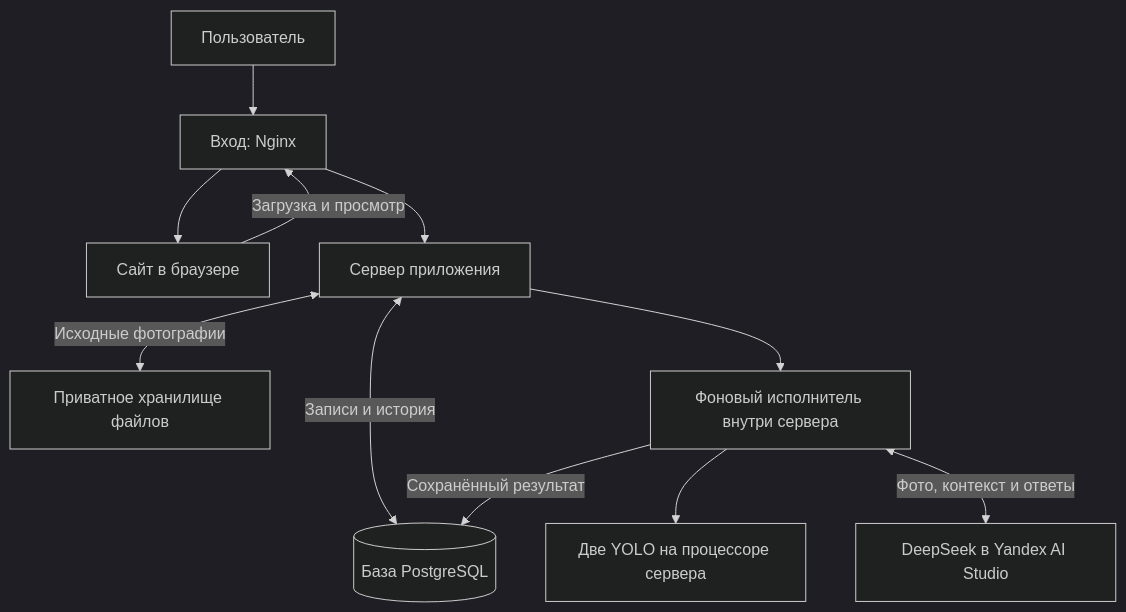
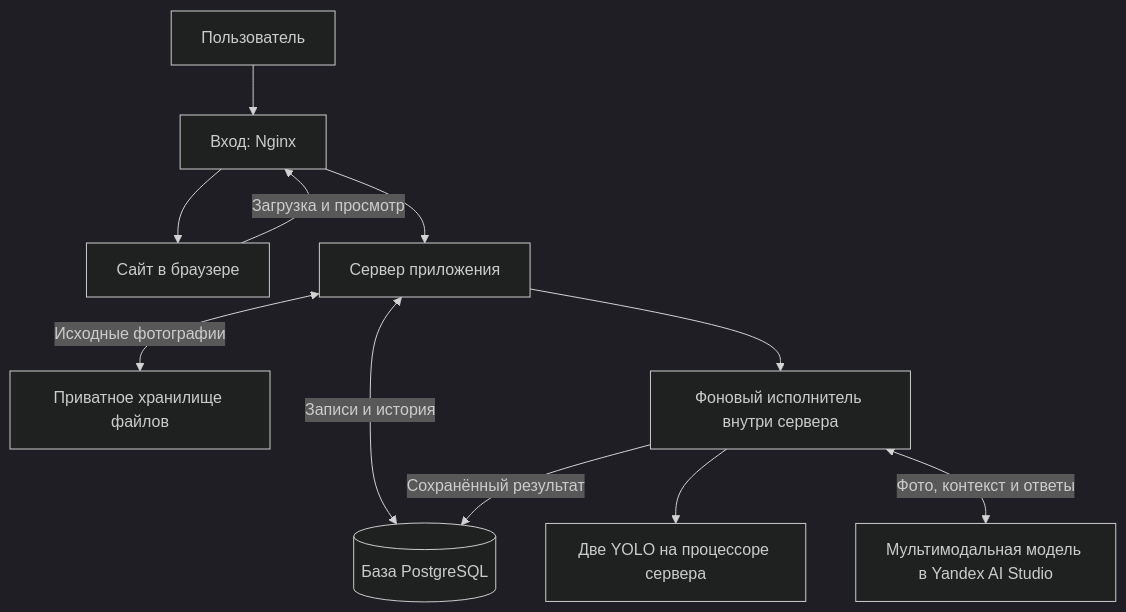
The second of 3 diagrams in Architecture.md (GorsheninNikolay/lzt-detecing-violations-system), drawn with Mermaid (dark theme) before and after one commit. The commit also changed other lines of this file and 36 other files, not shown here.

````diff
--- a/Architecture.md
+++ b/Architecture.md
@@ -45,13 +45,13 @@
 ```mermaid
 flowchart TD
     U[Пользователь] --> N[Вход: Nginx]
     N --> UI[Сайт в браузере]
     UI -->|Загрузка и просмотр| N
     N --> API[Сервер приложения]
     API <-->|Записи и история| DB[(База PostgreSQL)]
     API <-->|Исходные фотографии| S3[Приватное хранилище файлов]
     API --> W[Фоновый исполнитель внутри сервера]
     W --> Y[Две YOLO на процессоре сервера]
-    W <-->|Фото, контекст и ответы| D[DeepSeek в Yandex AI Studio]
+    W <-->|Фото, контекст и ответы| D[Мультимодальная модель в Yandex AI Studio]
     W -->|Сохранённый результат| DB
 ```
````
